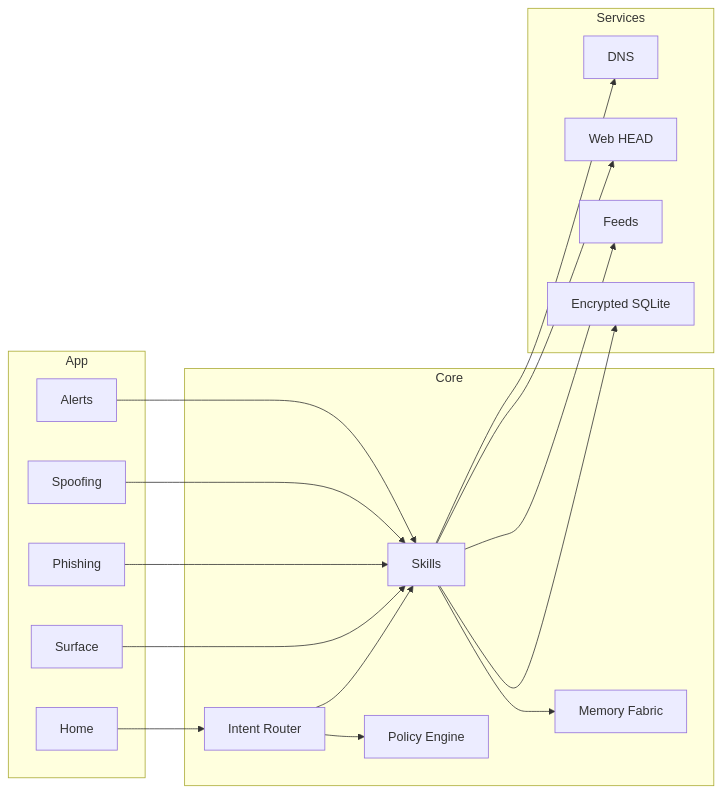
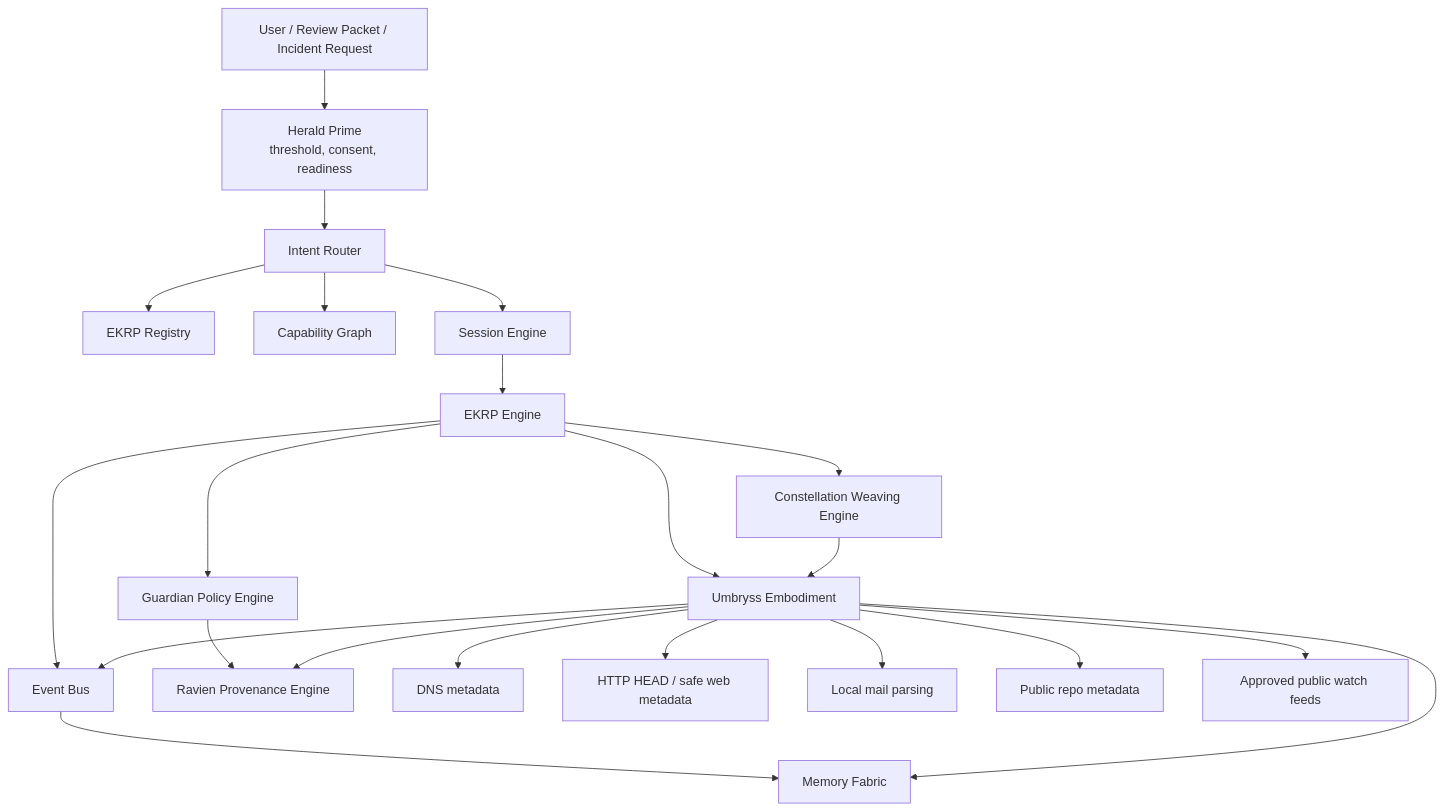
Before and after one commit to S1ngularD2ality/eidonic-language-elol: the diagram in docs/ekrps/umbryss/README.md, drawn with Mermaid. The commit also changed other lines of this file, not shown here.

First line of the commit message:
Revise README for Umbryss with updated branding and content

````diff
--- a/docs/ekrps/umbryss/README.md
+++ b/docs/ekrps/umbryss/README.md
@@ -78,36 +192,45 @@
 ```mermaid
-flowchart LR
-  subgraph App
-    HM["Home"]
-    SF["Surface"]
-    PH["Phishing"]
-    SP["Spoofing"]
-    AL["Alerts"]
-  end
+flowchart TD
 
-  subgraph Core
+    UI["User / Review Packet / Incident Request"]
+    HP["Herald Prime<br/>threshold, consent, readiness"]
     IR["Intent Router"]
-    SK["Skills"]
+    ER["EKRP Registry"]
+    CG["Capability Graph"]
+    SE["Session Engine"]
+    EKE["EKRP Engine"]
+    CWE["Constellation Weaving Engine"]
+    EB["Event Bus"]
     MF["Memory Fabric"]
-    PE["Policy Engine"]
-  end
+    GPE["Guardian Policy Engine"]
+    RPE["Ravien Provenance Engine"]
+    UMB["Umbryss Embodiment"]
 
-  subgraph Services
-    DNS["DNS"]
-    WEB["Web HEAD"]
-    FEED["Feeds"]
-    DB["Encrypted SQLite"]
-  end
+    DNS["DNS metadata"]
+    WEB["HTTP HEAD / safe web metadata"]
+    MAIL["Local mail parsing"]
+    REPO["Public repo metadata"]
+    FEED["Approved public watch feeds"]
 
-  HM --> IR --> SK
-  SF --> SK
-  PH --> SK
-  SP --> SK
-  AL --> SK
-  SK --> MF
-  SK --> DB
-  SK --> DNS
-  SK --> WEB
-  SK --> FEED
-  IR --> PE
+    UI --> HP
+    HP --> IR
+    IR --> ER
+    IR --> CG
+    IR --> SE
+    SE --> EKE
+    EKE --> UMB
+    EKE --> CWE
+    EKE --> EB
+    EB --> MF
+    EKE --> GPE
+    UMB --> DNS
+    UMB --> WEB
+    UMB --> MAIL
+    UMB --> REPO
+    UMB --> FEED
+    UMB --> MF
+    UMB --> EB
+    GPE --> RPE
+    UMB --> RPE
+    CWE --> UMB
 ```
````
